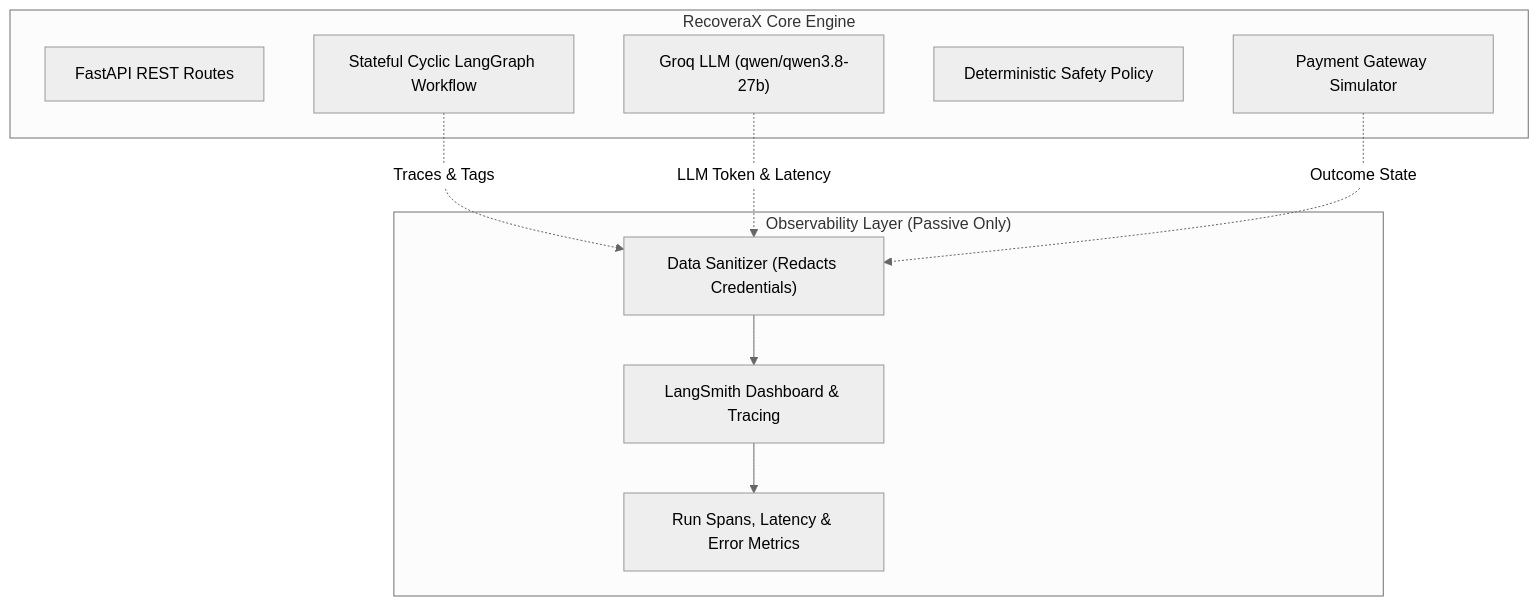
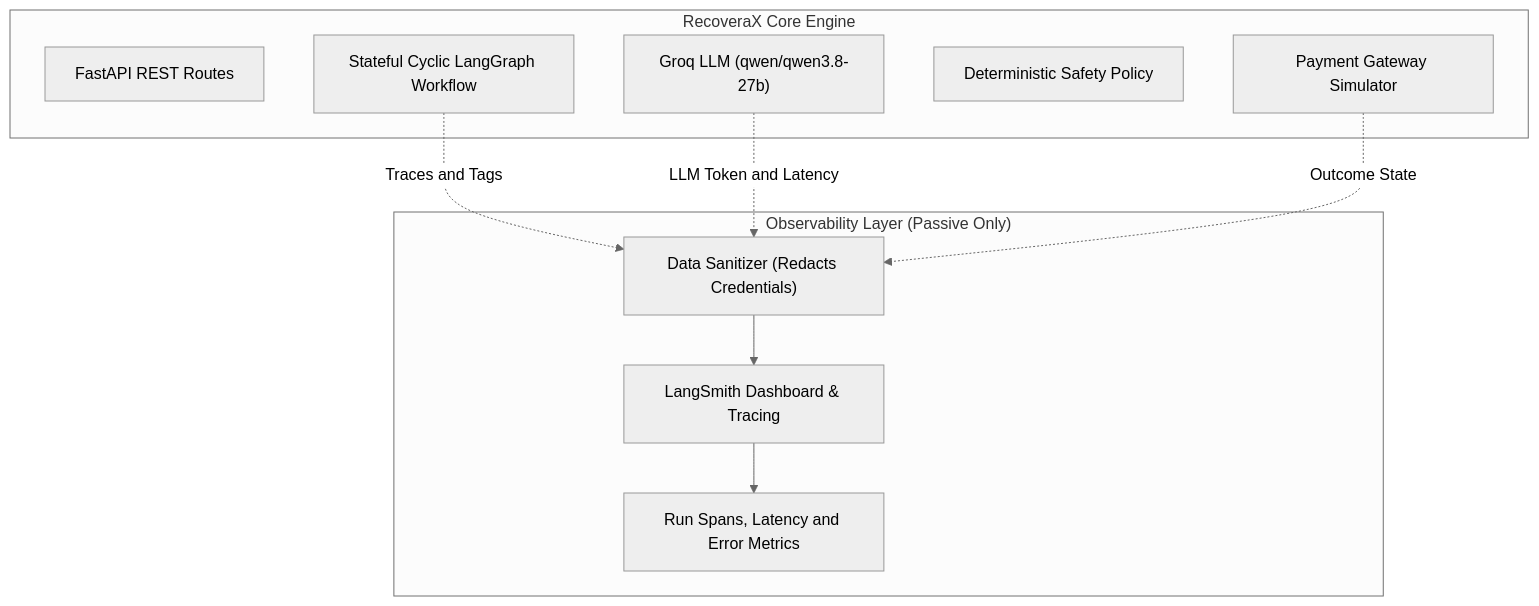
The second of 2 diagrams in README.md (Monishwaran45/RecoveraX-AI-Revenue-Recovery), drawn with Mermaid (neutral theme) before and after one commit. The commit also changed other lines of this file, not shown here.

````diff
--- a/README.md
+++ b/README.md
@@ -88,22 +88,22 @@
 ```mermaid
 flowchart TD
     subgraph Execution ["RecoveraX Core Engine"]
         FastAPI["FastAPI REST Routes"]
         LangGraph["Stateful Cyclic LangGraph Workflow"]
         Groq["Groq LLM (qwen/qwen3.8-27b)"]
         PolicyEngine["Deterministic Safety Policy"]
         Simulator["Payment Gateway Simulator"]
     end
 
     subgraph Observability ["Observability Layer (Passive Only)"]
         LangSmith["LangSmith Dashboard & Tracing"]
         Sanitizer["Data Sanitizer (Redacts Credentials)"]
-        TraceLogger["Run Spans, Latency & Error Metrics"]
+        TraceLogger["Run Spans, Latency and Error Metrics"]
     end
 
-    LangGraph -. Traces & Tags .-> Sanitizer
-    Groq -. LLM Token & Latency .-> Sanitizer
-    Simulator -. Outcome State .-> Sanitizer
+    LangGraph -. "Traces and Tags" .-> Sanitizer
+    Groq -. "LLM Token and Latency" .-> Sanitizer
+    Simulator -. "Outcome State" .-> Sanitizer
     Sanitizer --> LangSmith
     LangSmith --> TraceLogger
 ```
````
